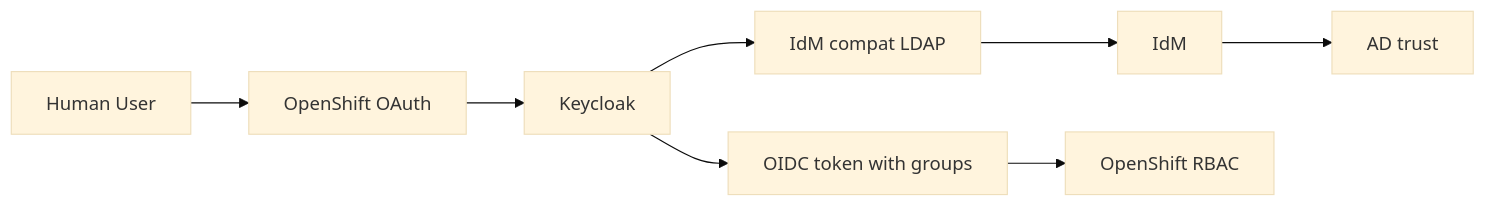
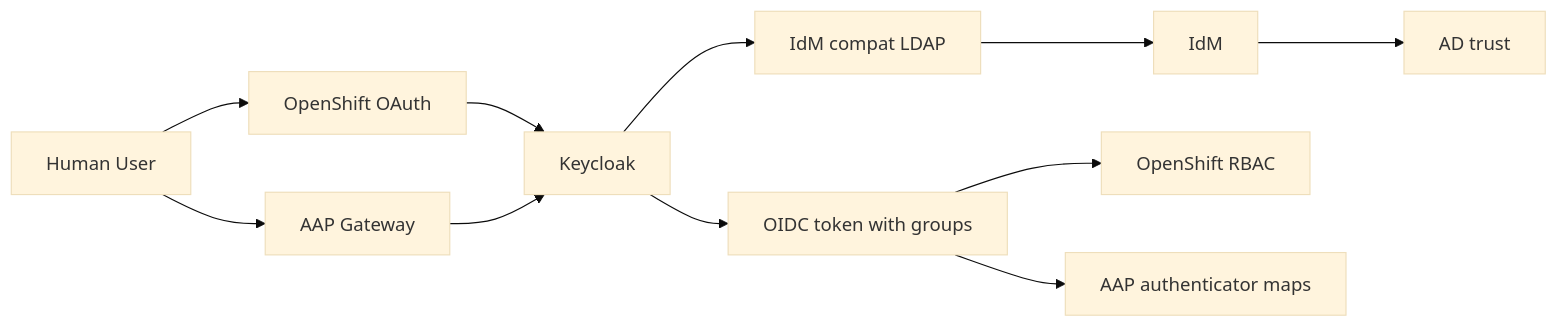
The first of 3 diagrams in aws-metal-openshift-demo/docs/authentication-model.md (gprocunier/calabi), drawn with Mermaid (base theme) before and after one commit. The commit also changed other lines of this file and 6 other files, not shown here.

Commit message:
Refresh docs for validated auth and rollout flow

````diff
--- a/aws-metal-openshift-demo/docs/authentication-model.md
+++ b/aws-metal-openshift-demo/docs/authentication-model.md
@@ -47,10 +49,13 @@
 ```mermaid
 flowchart LR
     User[Human User] --> OCP[OpenShift OAuth]
+    User --> AAP[AAP Gateway]
     OCP --> KC[Keycloak]
+    AAP --> KC
     KC --> LDAP[IdM compat LDAP]
     LDAP --> IDM[IdM]
     IDM --> AD[AD trust]
     KC --> Token[OIDC token with groups]
     Token --> RBAC[OpenShift RBAC]
+    Token --> AAPRBAC[AAP authenticator maps]
 ```
````
